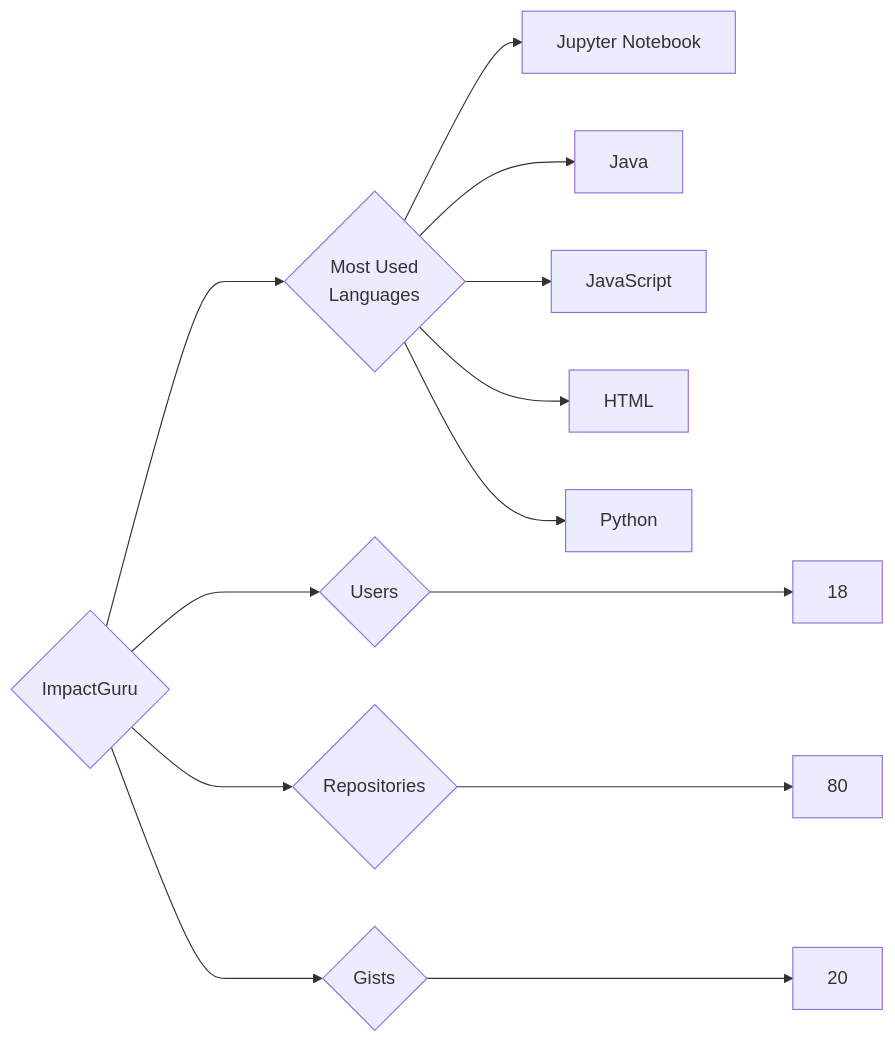
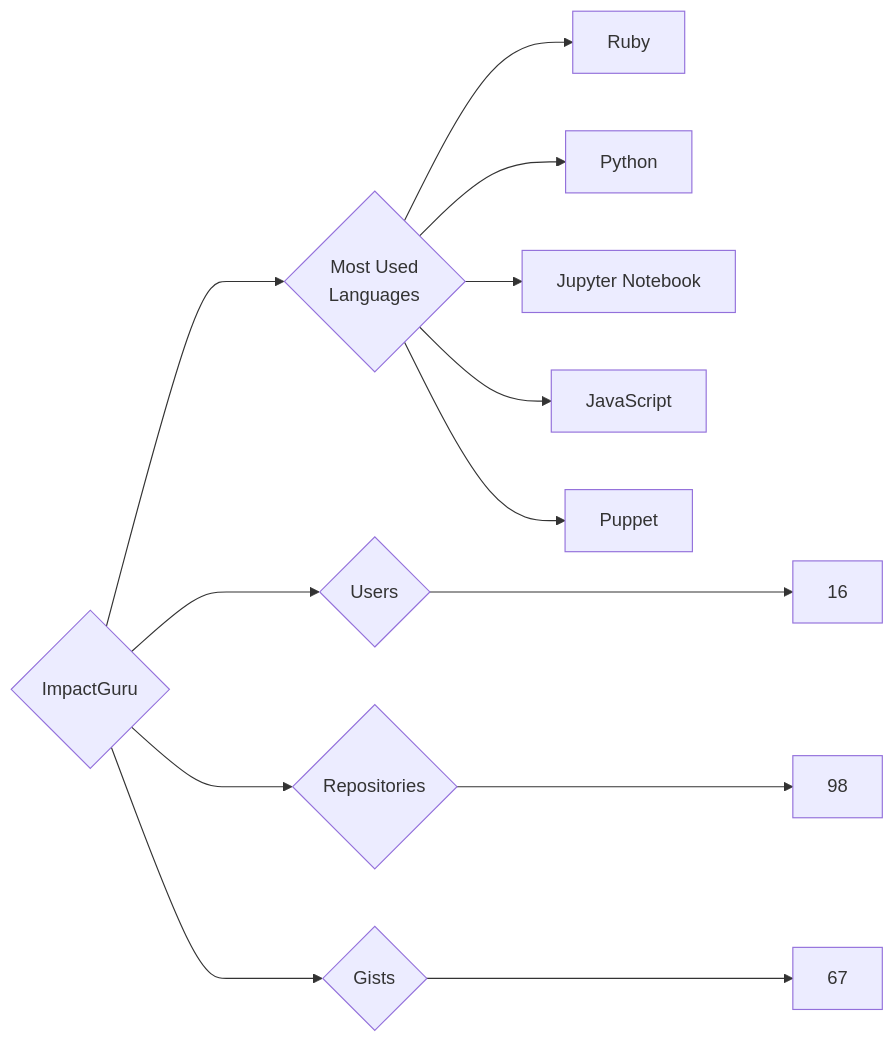
Before and after one commit to trickest/insiders: the diagram in targets/ImpactGuru/README.md, drawn with Mermaid. The commit also changed 826 other files, not shown here.

````diff
--- a/targets/ImpactGuru/README.md
+++ b/targets/ImpactGuru/README.md
@@ -3,13 +3,13 @@
 ```mermaid
 graph LR
 COMPANY_NAME{ImpactGuru}
-COMPANY_NAME ---> U{Users} ---> UN[18]
-COMPANY_NAME ---> R{Repositories} ---> RN[80]
-COMPANY_NAME ---> G{Gists} ---> GN[20]
+COMPANY_NAME ---> U{Users} ---> UN[16]
+COMPANY_NAME ---> R{Repositories} ---> RN[98]
+COMPANY_NAME ---> G{Gists} ---> GN[67]
 COMPANY_NAME ---> ML{Most Used<br>Languages}
+ML --> Ruby[Ruby]
+ML --> Python[Python]
 ML --> Jupyter_Notebook[Jupyter Notebook]
-ML --> Java[Java]
 ML --> JavaScript[JavaScript]
-ML --> HTML[HTML]
-ML --> Python[Python]
+ML --> Puppet[Puppet]
 ```
````
